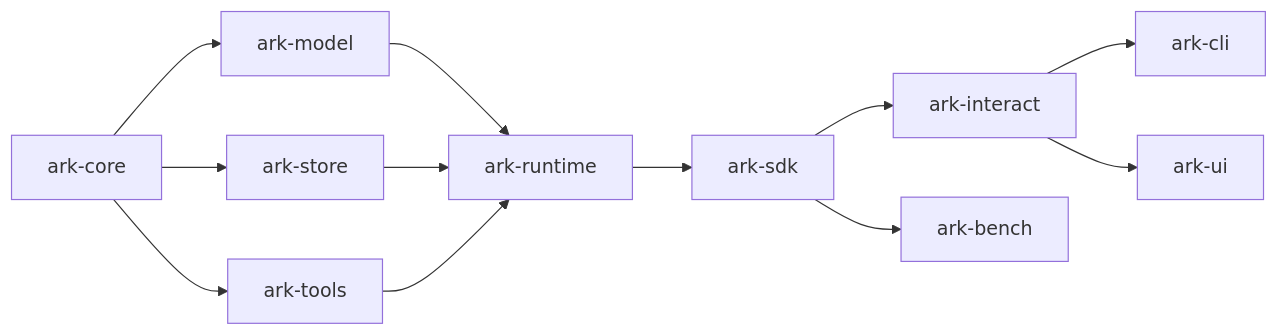
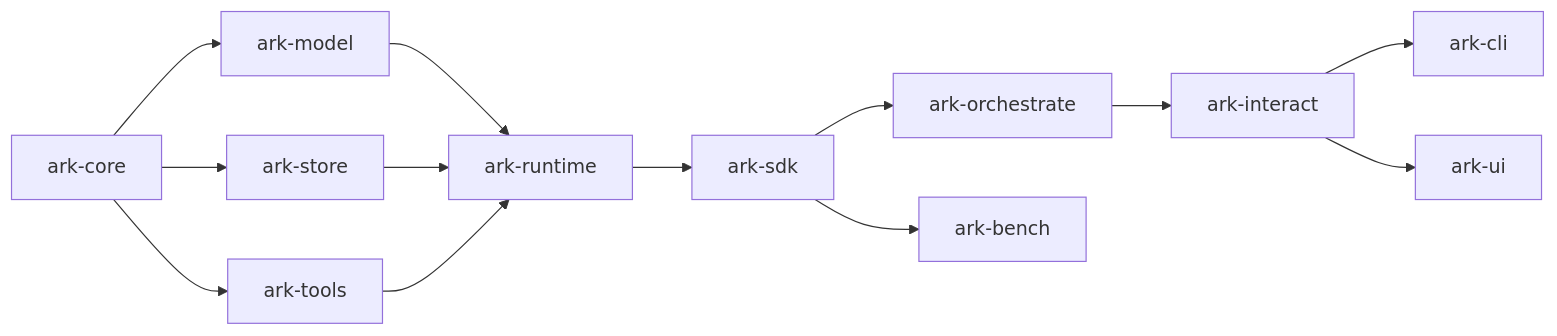
One commit to 0x00vb/ARK changed the second of 5 diagrams in docs/ARCHITECTURE.md. Above: the diagram before and after it, drawn with Mermaid. The commit also changed other lines of this file and 61 other files, not shown here.

````diff
--- a/docs/ARCHITECTURE.md
+++ b/docs/ARCHITECTURE.md
@@ -50,7 +51,7 @@
 ```mermaid
 flowchart LR
     core[ark-core] --> model[ark-model] & store[ark-store] & tools[ark-tools]
     model & store & tools --> runtime[ark-runtime] --> sdk[ark-sdk]
-    sdk --> interact[ark-interact] --> cli[ark-cli] & ui[ark-ui]
+    sdk --> orch[ark-orchestrate] --> interact[ark-interact] --> cli[ark-cli] & ui[ark-ui]
     sdk --> bench[ark-bench]
 ```
````
